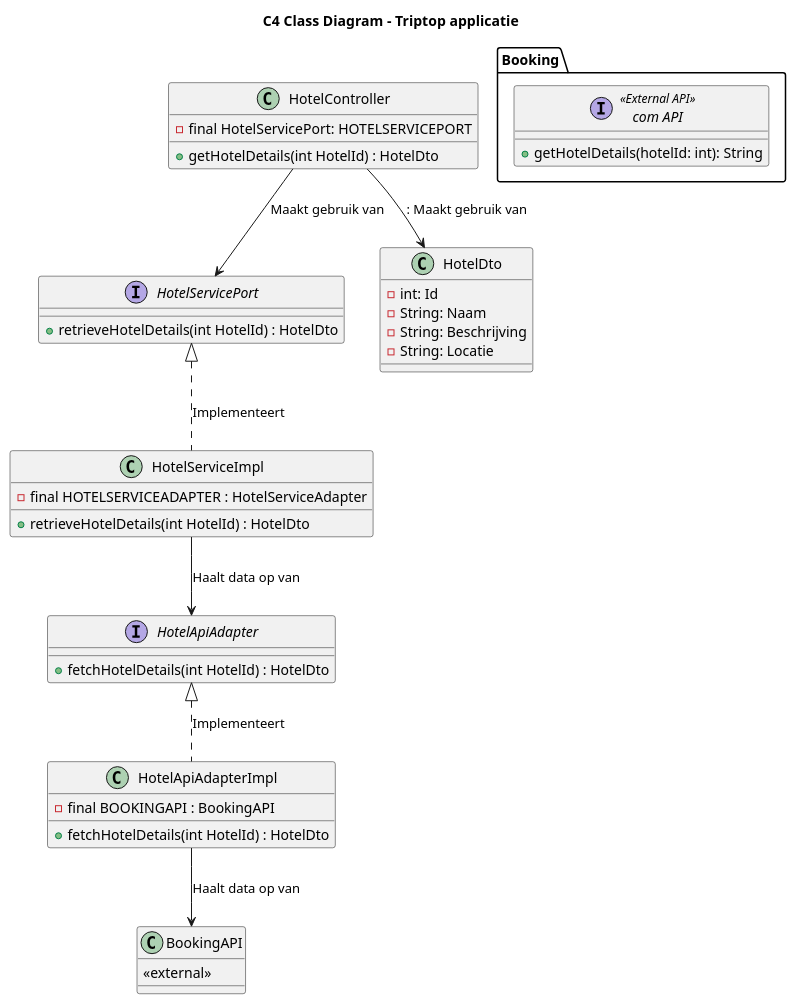
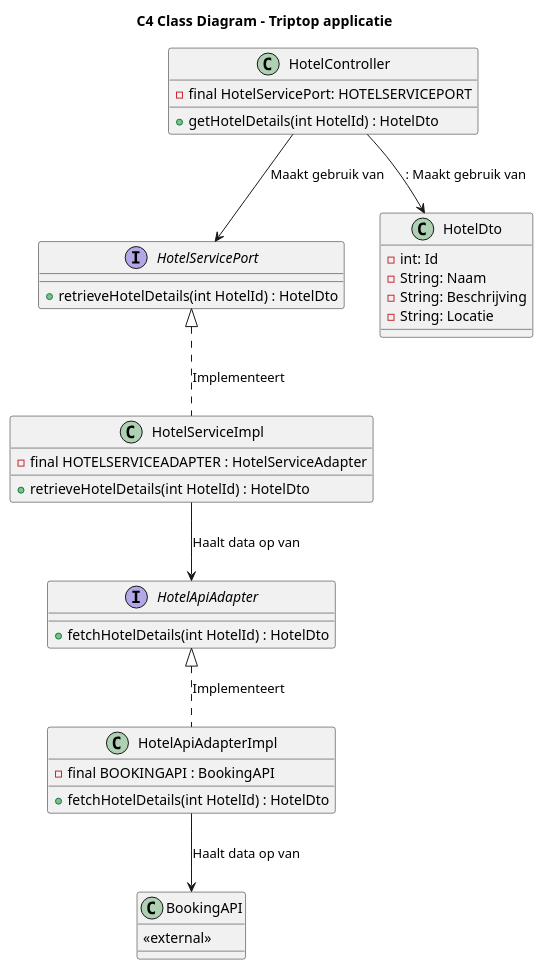
One commit to AIM-ENE-feb25/triptop-peak-performers-groep-1 changed the diagram in opdracht-diagrammen/C4-Diagrammen/C4-Class-Diagram-Jamiro.puml. Above: the diagram before and after it, drawn with PlantUML. The commit also changed 8 other files, not shown here.

```diff
--- a/opdracht-diagrammen/C4-Diagrammen/C4-Class-Diagram-Jamiro.puml
+++ b/opdracht-diagrammen/C4-Diagrammen/C4-Class-Diagram-Jamiro.puml
@@ -1,51 +1,48 @@
 @startuml
 title C4 Class Diagram - Triptop applicatie
 
 class HotelController {
     - final HotelServicePort: HOTELSERVICEPORT
     + getHotelDetails(int HotelId) : HotelDto
 }
 
 interface HotelServicePort {
     + retrieveHotelDetails(int HotelId) : HotelDto
 }
 
 class HotelDto {
     - int: Id
     - String: Naam
     - String: Beschrijving
     - String: Locatie
 }
 
 class HotelServiceImpl {
     - final HOTELSERVICEADAPTER : HotelServiceAdapter
     + retrieveHotelDetails(int HotelId) : HotelDto
 }
 
 interface HotelApiAdapter {
     + fetchHotelDetails(int HotelId) : HotelDto
 }
 
 class HotelApiAdapterImpl {
     - final BOOKINGAPI : BookingAPI
     + fetchHotelDetails(int HotelId) : HotelDto
 }
 
 class BookingAPI {
     <<external>>
 }
 
 
-interface "Booking.com API" <<External API>> {
-    + getHotelDetails(hotelId: int): String
-}
 
 HotelController --> HotelServicePort : Maakt gebruik van
 HotelController --> HotelDto : : Maakt gebruik van
 
 HotelServicePort <|.. HotelServiceImpl : Implementeert
 HotelApiAdapter <|.. HotelApiAdapterImpl : Implementeert
 
 HotelServiceImpl --> HotelApiAdapter : Haalt data op van
 HotelApiAdapterImpl --> BookingAPI : Haalt data op van
 @enduml
```
